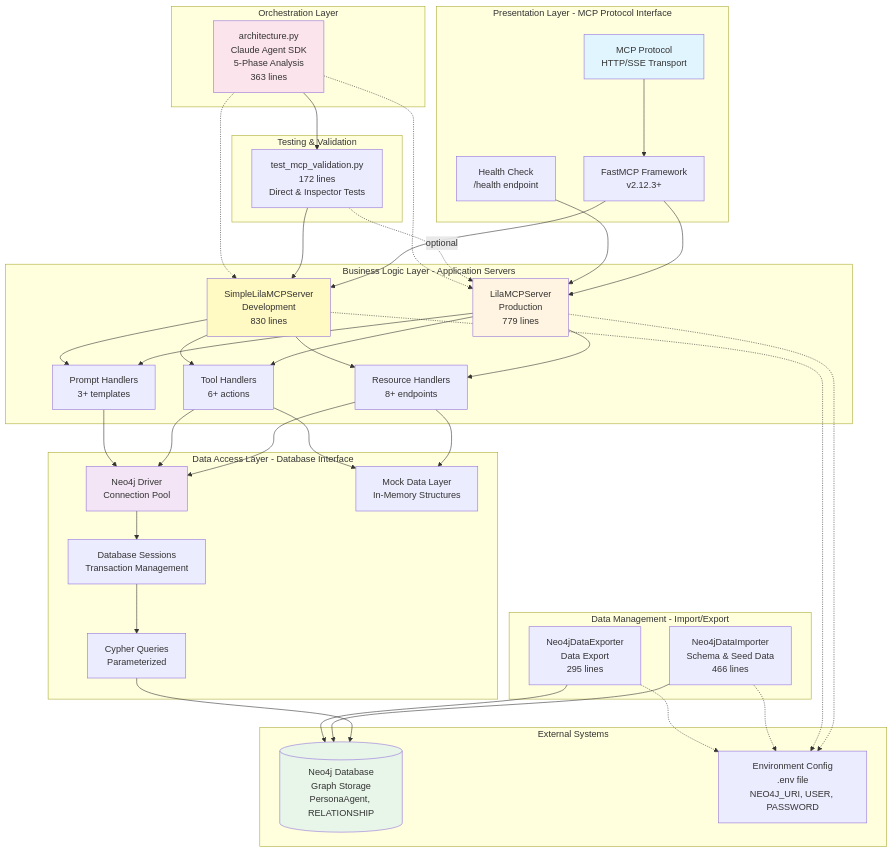
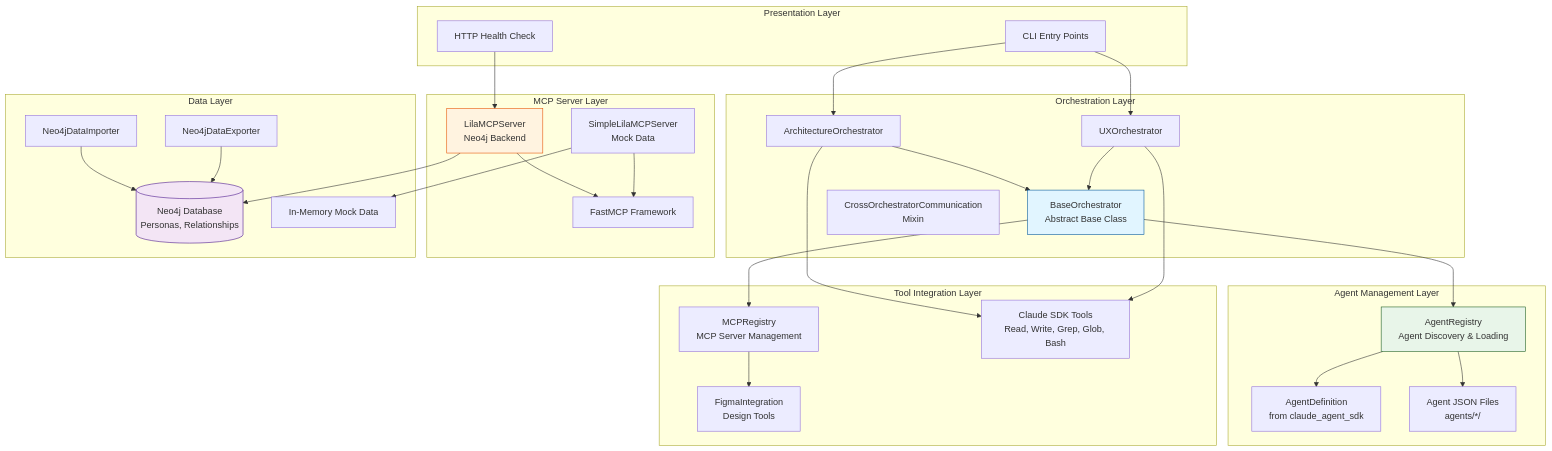
One commit to lila-graph/lila-mcp changed the first of 10 diagrams in repo_analysis/diagrams/02_architecture_diagrams.md. Above: the diagram before and after it, drawn with Mermaid. The commit also changed other lines of this file and 10 other files, not shown here.

Commit message:
testing use of orchestrator based agents for repo analysis

````diff
--- a/repo_analysis/diagrams/02_architecture_diagrams.md
+++ b/repo_analysis/diagrams/02_architecture_diagrams.md
@@ -7,85 +11,69 @@
 ```mermaid
 graph TB
-    subgraph "Presentation Layer - MCP Protocol Interface"
-        MCP[MCP Protocol<br/>HTTP/SSE Transport]
-        FastMCP[FastMCP Framework<br/>v2.12.3+]
-        Health[Health Check<br/>/health endpoint]
-    end
-
-    subgraph "Business Logic Layer - Application Servers"
-        Server[LilaMCPServer<br/>Production<br/>779 lines]
-        SimpleServer[SimpleLilaMCPServer<br/>Development<br/>830 lines]
-        Resources[Resource Handlers<br/>8+ endpoints]
-        Tools[Tool Handlers<br/>6+ actions]
-        Prompts[Prompt Handlers<br/>3+ templates]
-    end
-
-    subgraph "Data Access Layer - Database Interface"
-        Driver[Neo4j Driver<br/>Connection Pool]
-        Session[Database Sessions<br/>Transaction Management]
-        Queries[Cypher Queries<br/>Parameterized]
-        MockData[Mock Data Layer<br/>In-Memory Structures]
-    end
-
-    subgraph "Data Management - Import/Export"
-        Import[Neo4jDataImporter<br/>Schema & Seed Data<br/>466 lines]
-        Export[Neo4jDataExporter<br/>Data Export<br/>295 lines]
-    end
-
-    subgraph "External Systems"
-        Neo4j[(Neo4j Database<br/>Graph Storage<br/>PersonaAgent, RELATIONSHIP)]
-        Env[Environment Config<br/>.env file<br/>NEO4J_URI, USER, PASSWORD]
-    end
-
-    subgraph "Testing & Validation"
-        Validator[test_mcp_validation.py<br/>172 lines<br/>Direct & Inspector Tests]
+    subgraph "Presentation Layer"
+        CLI[CLI Entry Points]
+        HTTP[HTTP Health Check]
     end
 
     subgraph "Orchestration Layer"
-        Architecture[architecture.py<br/>Claude Agent SDK<br/>5-Phase Analysis<br/>363 lines]
+        BaseOrch[BaseOrchestrator<br/>Abstract Base Class]
+        ArchOrch[ArchitectureOrchestrator]
+        UXOrch[UXOrchestrator]
+        CrossComm[CrossOrchestratorCommunication<br/>Mixin]
     end
 
-    MCP --> FastMCP
-    FastMCP --> Server
-    FastMCP --> SimpleServer
-    Health --> Server
+    subgraph "Agent Management Layer"
+        AgentReg[AgentRegistry<br/>Agent Discovery & Loading]
+        AgentDef[AgentDefinition<br/>from claude_agent_sdk]
+        AgentJSON[Agent JSON Files<br/>agents/*/]
+    end
 
-    Server --> Resources
-    Server --> Tools
-    Server --> Prompts
-    SimpleServer --> Resources
-    SimpleServer --> Tools
-    SimpleServer --> Prompts
+    subgraph "Tool Integration Layer"
+        MCPReg[MCPRegistry<br/>MCP Server Management]
+        FigmaInt[FigmaIntegration<br/>Design Tools]
+        SDKTools[Claude SDK Tools<br/>Read, Write, Grep, Glob, Bash]
+    end
 
-    Resources --> Driver
-    Resources --> MockData
-    Tools --> Driver
-    Tools --> MockData
-    Prompts --> Driver
+    subgraph "MCP Server Layer"
+        LilaMCP[LilaMCPServer<br/>Neo4j Backend]
+        SimpleMCP[SimpleLilaMCPServer<br/>Mock Data]
+        FastMCPCore[FastMCP Framework]
+    end
 
-    Driver --> Session
-    Session --> Queries
-    Queries --> Neo4j
+    subgraph "Data Layer"
+        Neo4jDB[(Neo4j Database<br/>Personas, Relationships)]
+        MockData[In-Memory Mock Data]
+        Importer[Neo4jDataImporter]
+        Exporter[Neo4jDataExporter]
+    end
 
-    Import --> Neo4j
-    Export --> Neo4j
+    %% Connections
+    CLI --> ArchOrch
+    CLI --> UXOrch
+    HTTP --> LilaMCP
 
-    Server -.-> Env
-    SimpleServer -.-> Env
-    Import -.-> Env
-    Export -.-> Env
+    ArchOrch --> BaseOrch
+    UXOrch --> BaseOrch
+    BaseOrch --> AgentReg
+    BaseOrch --> MCPReg
 
-    Validator --> SimpleServer
-    Validator -.->|optional| Server
+    AgentReg --> AgentJSON
+    AgentReg --> AgentDef
+    MCPReg --> FigmaInt
 
-    Architecture --> Validator
-    Architecture -.-> Server
-    Architecture -.-> SimpleServer
+    ArchOrch --> SDKTools
+    UXOrch --> SDKTools
 
-    style MCP fill:#e1f5ff
-    style Server fill:#fff4e1
-    style SimpleServer fill:#fff9c4
-    style Neo4j fill:#e8f5e9
-    style Driver fill:#f3e5f5
-    style Architecture fill:#fce4ec
+    LilaMCP --> FastMCPCore
+    SimpleMCP --> FastMCPCore
+    LilaMCP --> Neo4jDB
+    SimpleMCP --> MockData
+
+    Importer --> Neo4jDB
+    Exporter --> Neo4jDB
+
+    style BaseOrch fill:#e1f5ff,stroke:#01579b
+    style LilaMCP fill:#fff3e0,stroke:#e65100
+    style Neo4jDB fill:#f3e5f5,stroke:#4a148c
+    style AgentReg fill:#e8f5e9,stroke:#1b5e20
 ```
````
